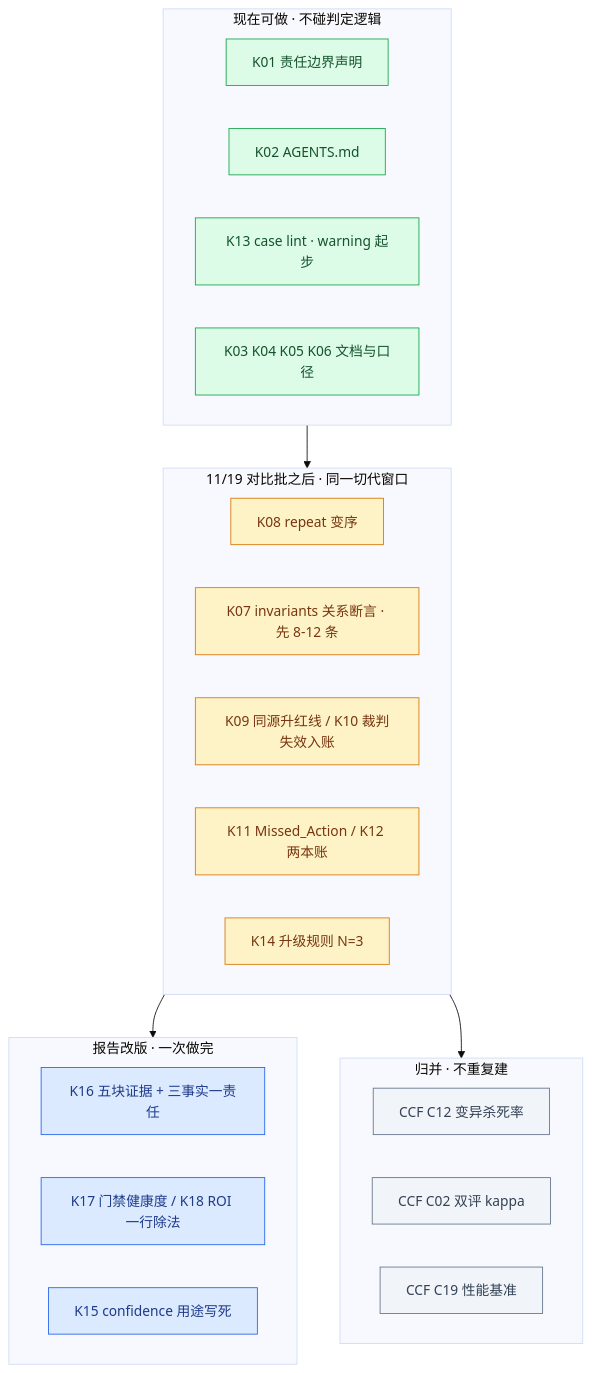
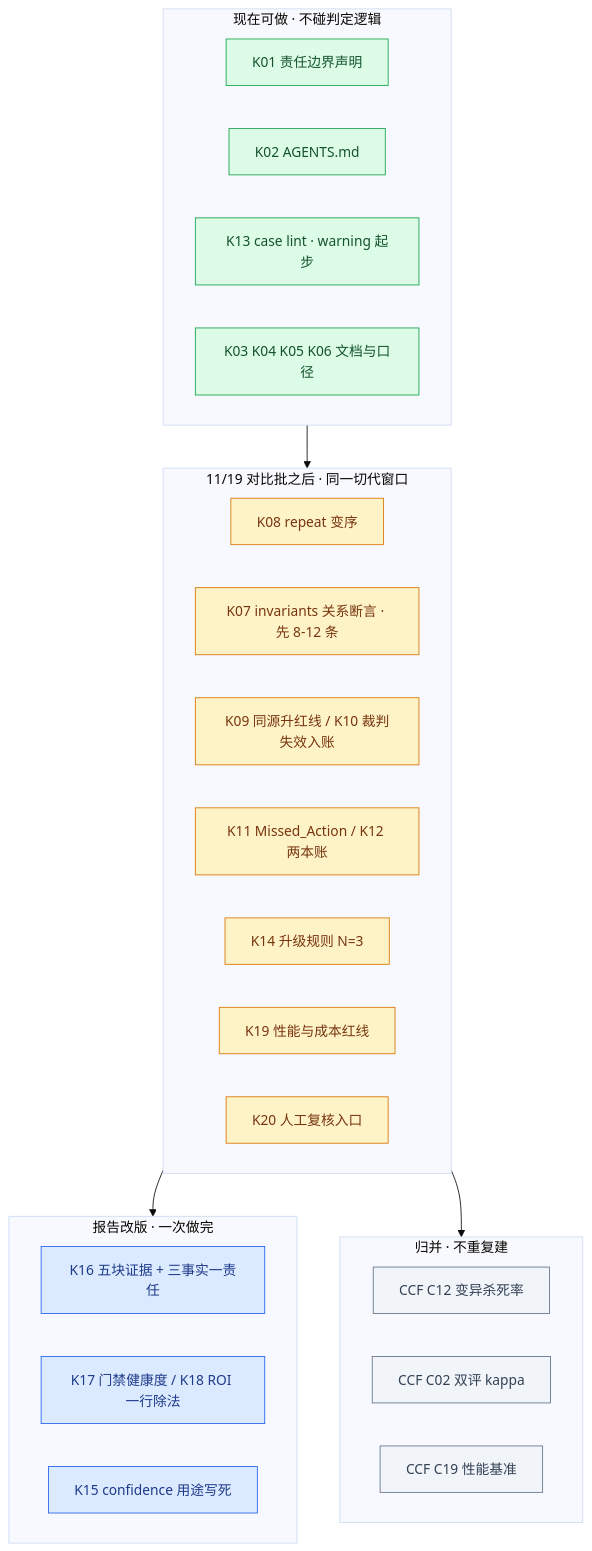
Before and after one commit to xuanluo111/Agent-Quality-Gate: the diagram in docs/kuaishou-tech-talk-06/00-待做清单.md, drawn with Mermaid (base theme). The commit also changed other lines of this file and 1 other file, not shown here.

````diff
--- a/docs/kuaishou-tech-talk-06/00-待做清单.md
+++ b/docs/kuaishou-tech-talk-06/00-待做清单.md
@@ -116,36 +128,38 @@
 ```mermaid
 flowchart TB
     subgraph NOW["现在可做 · 不碰判定逻辑"]
         A1["K01 责任边界声明"]
         A2["K02 AGENTS.md"]
         A3["K13 case lint · warning 起步"]
         A4["K03 K04 K05 K06 文档与口径"]
     end
     subgraph WINDOW["11/19 对比批之后 · 同一切代窗口"]
         B1["K08 repeat 变序"]
         B2["K07 invariants 关系断言 · 先 8-12 条"]
         B3["K09 同源升红线 / K10 裁判失效入账"]
         B4["K11 Missed_Action / K12 两本账"]
         B5["K14 升级规则 N=3"]
+        B6["K19 性能与成本红线"]
+        B7["K20 人工复核入口"]
     end
     subgraph REPORT["报告改版 · 一次做完"]
         C1["K16 五块证据 + 三事实一责任"]
         C2["K17 门禁健康度 / K18 ROI 一行除法"]
         C3["K15 confidence 用途写死"]
     end
     subgraph MERGE["归并 · 不重复建"]
         D1["CCF C12 变异杀死率"]
         D2["CCF C02 双评 kappa"]
         D3["CCF C19 性能基准"]
     end
     NOW --> WINDOW --> REPORT
     WINDOW --> MERGE
     classDef now fill:#DCFCE7,stroke:#16A34A,color:#14532D;
     classDef gate fill:#FEF3C7,stroke:#D97706,color:#78350F;
     classDef rep fill:#DBEAFE,stroke:#2563EB,color:#1E3A8A;
     classDef mrg fill:#F1F5F9,stroke:#64748B,color:#334155;
     class A1,A2,A3,A4 now;
-    class B1,B2,B3,B4,B5 gate;
+    class B1,B2,B3,B4,B5,B6,B7 gate;
     class C1,C2,C3 rep;
     class D1,D2,D3 mrg;
 ```
````
